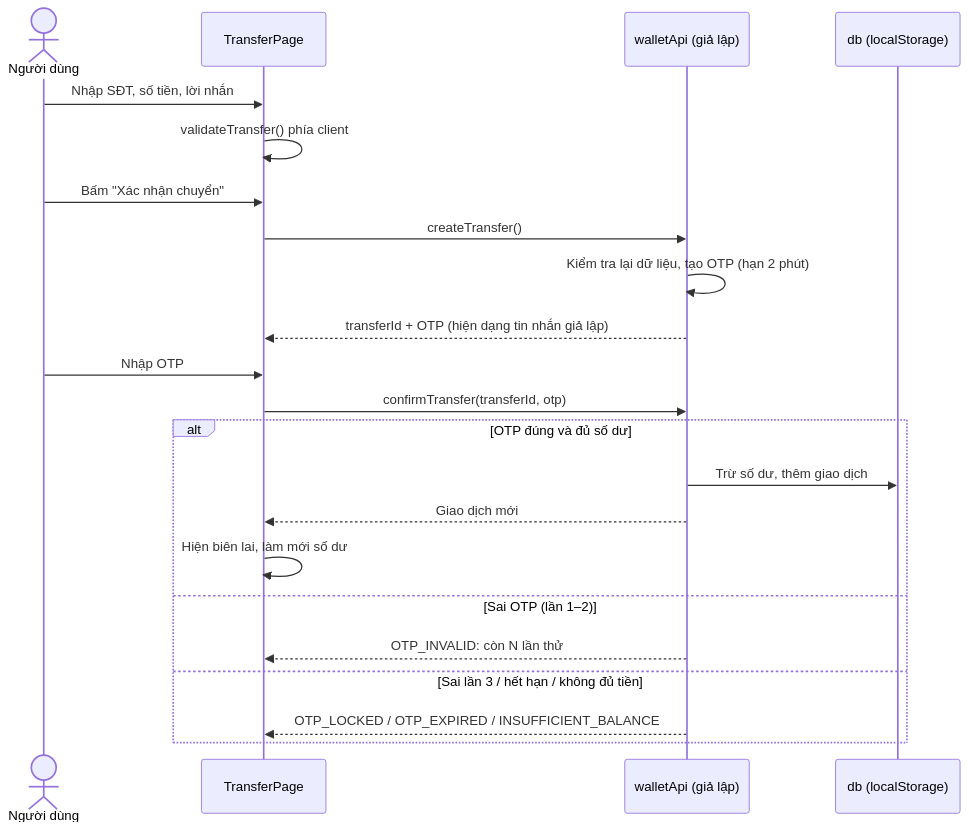
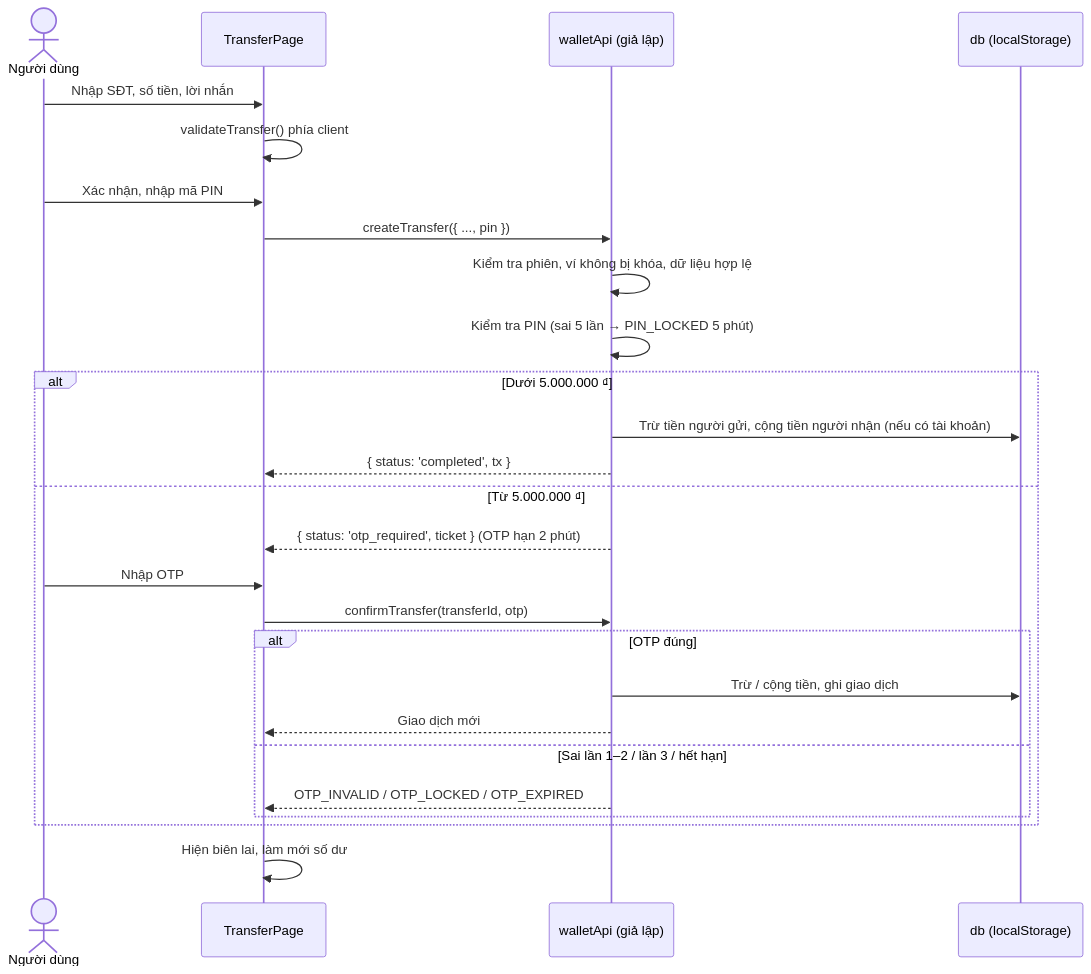
The diagram in miniwallet/README.md (hiennt28/MiniWallet), drawn with Mermaid before and after one commit. The commit also changed other lines of this file and 39 other files, not shown here.

````diff
--- a/miniwallet/README.md
+++ b/miniwallet/README.md
@@ -85,25 +101,29 @@
 ```mermaid
 sequenceDiagram
     actor U as Người dùng
     participant UI as TransferPage
     participant API as walletApi (giả lập)
     participant DB as db (localStorage)
 
     U->>UI: Nhập SĐT, số tiền, lời nhắn
     UI->>UI: validateTransfer() phía client
-    U->>UI: Bấm "Xác nhận chuyển"
-    UI->>API: createTransfer()
-    API->>API: Kiểm tra lại dữ liệu, tạo OTP (hạn 2 phút)
-    API-->>UI: transferId + OTP (hiện dạng tin nhắn giả lập)
-    U->>UI: Nhập OTP
-    UI->>API: confirmTransfer(transferId, otp)
-    alt OTP đúng và đủ số dư
-        API->>DB: Trừ số dư, thêm giao dịch
-        API-->>UI: Giao dịch mới
-        UI->>UI: Hiện biên lai, làm mới số dư
-    else Sai OTP (lần 1–2)
-        API-->>UI: OTP_INVALID: còn N lần thử
-    else Sai lần 3 / hết hạn / không đủ tiền
-        API-->>UI: OTP_LOCKED / OTP_EXPIRED / INSUFFICIENT_BALANCE
+    U->>UI: Xác nhận, nhập mã PIN
+    UI->>API: createTransfer({ ..., pin })
+    API->>API: Kiểm tra phiên, ví không bị khóa, dữ liệu hợp lệ
+    API->>API: Kiểm tra PIN (sai 5 lần → PIN_LOCKED 5 phút)
+    alt Dưới 5.000.000 ₫
+        API->>DB: Trừ tiền người gửi, cộng tiền người nhận (nếu có tài khoản)
+        API-->>UI: { status: 'completed', tx }
+    else Từ 5.000.000 ₫
+        API-->>UI: { status: 'otp_required', ticket } (OTP hạn 2 phút)
+        U->>UI: Nhập OTP
+        UI->>API: confirmTransfer(transferId, otp)
+        alt OTP đúng
+            API->>DB: Trừ / cộng tiền, ghi giao dịch
+            API-->>UI: Giao dịch mới
+        else Sai lần 1–2 / lần 3 / hết hạn
+            API-->>UI: OTP_INVALID / OTP_LOCKED / OTP_EXPIRED
+        end
     end
+    UI->>UI: Hiện biên lai, làm mới số dư
 ```
````
